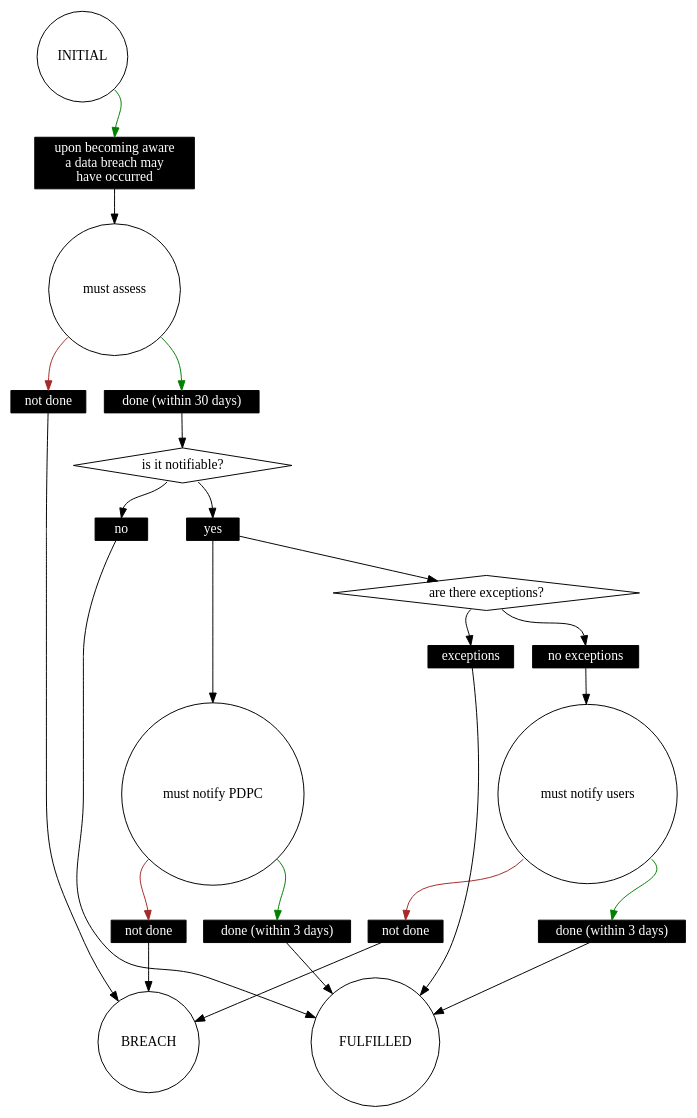
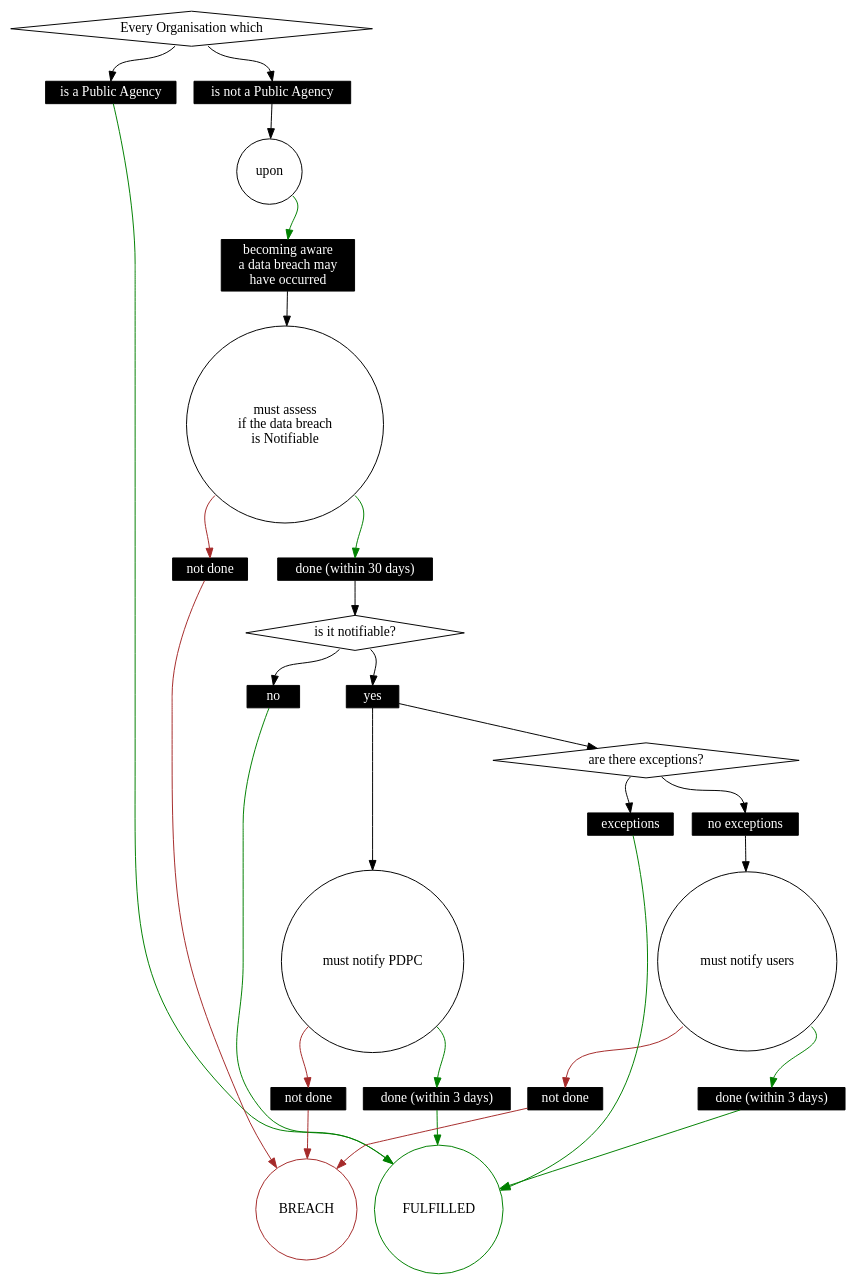
The diagram in mengwong/mp/src/LS/XPile/README.org (smucclaw/dsl), drawn with Graphviz before and after one commit. The commit also changed other lines of this file and 1 other file, not shown here.

```diff
--- a/mengwong/mp/src/LS/XPile/README.org
+++ b/mengwong/mp/src/LS/XPile/README.org
@@ -153,70 +157,82 @@
 #+begin_src dot
   digraph "pdpadbno-1" {
     subgraph states {
       graph [shape=circle,color=gray];
       node [shape=circle];
+      // force BREACH to be left of FULFILLED
+      { rank = same; BREACH -> FULFILLED [style="invis"] }
 
-        INITIAL
-        "is aware"        [ label = "must assess" ]
+
+        INITIAL   [label="Every Organisation which",shape=diamond]
+        upon
+        "is aware"        [ label = "must assess\nif the data breach\nis Notifiable" ]
         "is it notifiable?"       [shape=diamond]
         "must notify PDPC"
-        FULFILLED
-        BREACH
+        FULFILLED [color=green]
+        BREACH    [color=brown]
         "are there exceptions?"   [shape=diamond]
         "must notify users"
     }
     subgraph transitions {
       node [shape=rect,height=0.2,style=filled,fillcolor=black,fontcolor=white,fontname=Monaco];
 
       { rank = same;
-        "become aware"    [ label = "upon becoming aware\na data breach may\nhave occurred" ]
+        "pa - is not"     [label="is not a Public Agency"]
+        "pa - is" [label="is a Public Agency"]
+      }
+      { rank = same;
+        "become aware"    [ label = "becoming aware\na data breach may\nhave occurred" ]
       }
       { rank = same;
         "assessment - done"       [ label = "done (within 30 days)" ]
         "assessment - not done"   [label="not done"]
       }
       { rank = same;
         "is notifiable - yes"     [label="yes"]
         "is notifiable - no"      [label="no"]
       }
       { rank = same;
         "notify PDPC - done"      [label = "done (within 3 days)"]
         "notify PDPC - not done"  [label="not done"]
       }
       { rank = same;
         "exceptions - no" [label="no exceptions"]
         "exceptions - yes"        [label="exceptions"]
       }
       { rank = same;
         "notify users - done"     [label = "done (within 3 days)"]
         "notify users - not done" [label="not done"]
       }
     }
     // state-to-transition edges
-    INITIAL -> "become aware"             [headport=n,tailport=se,color=green]
+    INITIAL -> "pa - is not"              [headport=n,tailport=se]
+    INITIAL -> "pa - is"          [headport=n,tailport=sw]
+    upon -> "become aware"                [headport=n,tailport=se,color=green]
     "is aware" -> "assessment - done"             [headport=n,tailport=se,color=green]
     "is aware" -> "assessment - not done"         [headport=n,tailport=sw,color=brown]
     "is it notifiable?" -> "is notifiable - yes"          [headport=n,tailport=se]
     "is it notifiable?" -> "is notifiable - no"           [headport=n,tailport=sw]
     "must notify PDPC" -> "notify PDPC - done"            [headport=n,tailport=se,color=green]
     "must notify PDPC" -> "notify PDPC - not done"                [headport=n,tailport=sw,color=brown]
     "are there exceptions?" -> "exceptions - no"          [headport=n,tailport=se]
     "are there exceptions?" -> "exceptions - yes"         [headport=n,tailport=sw]
     "must notify users" -> "notify users - done"          [headport=n,tailport=se,color=green]
     "must notify users" -> "notify users - not done"              [headport=n,tailport=sw,color=brown]
 
     // transition-to-state edges
+    "pa - is not" -> upon
     "become aware" -> "is aware"
     "assessment - done" -> "is it notifiable?"
     "is notifiable - yes" -> "must notify PDPC"
     "is notifiable - yes" -> "are there exceptions?"
-    "notify PDPC - done" -> FULFILLED
-    "notify PDPC - not done" -> BREACH
+    "notify PDPC - done" -> FULFILLED             [color=green]
+    "notify PDPC - not done" -> BREACH            [color=brown]
     "exceptions - no" -> "must notify users"
-    "notify users - done" -> FULFILLED
-    "notify users - not done" -> BREACH
-    "exceptions - yes" -> FULFILLED
-    "is notifiable - no" -> FULFILLED
-    "assessment - not done" -> BREACH
+    "notify users - done" -> FULFILLED            [color=green]
+    "notify users - not done" -> BREACH           [color=brown]
+    "exceptions - yes" -> FULFILLED               [color=green]
+    "is notifiable - no" -> FULFILLED             [color=green]
+    "assessment - not done" -> BREACH             [color=brown]
+    "pa - is" -> FULFILLED                [color=green]
   }
 #+end_src
```
